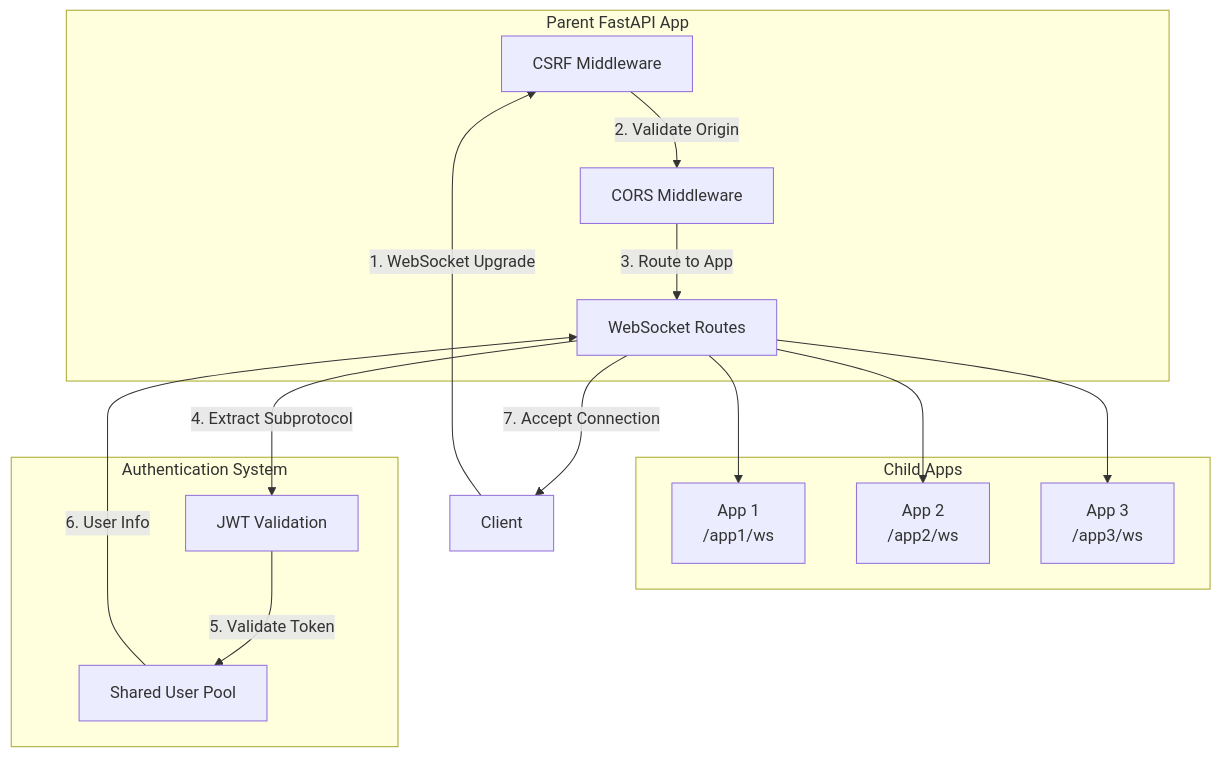
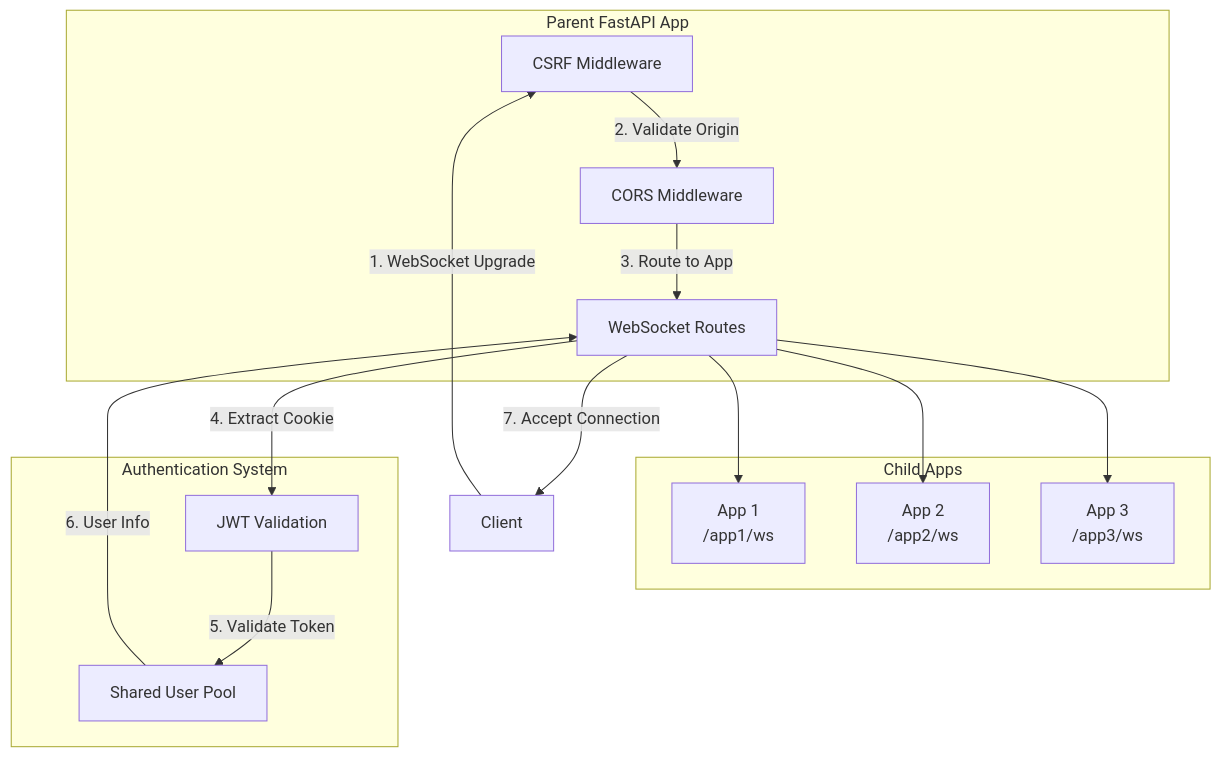
One commit to ranfysvalle02/mdb-engine changed the second of 2 diagrams in docs/guides/WEBSOCKET_SECURITY_MULTI_APP_SSO.md. Above: the diagram before and after it, drawn with Mermaid. The commit also changed other lines of this file and 14 other files, not shown here.

````diff
--- a/docs/guides/WEBSOCKET_SECURITY_MULTI_APP_SSO.md
+++ b/docs/guides/WEBSOCKET_SECURITY_MULTI_APP_SSO.md
@@ -111,31 +122,31 @@
 ```mermaid
 graph TB
     subgraph ParentApp[Parent FastAPI App]
         CSRF[CSRF Middleware]
         CORS[CORS Middleware]
         WS[WebSocket Routes]
     end
     
     subgraph ChildApps[Child Apps]
         App1[App 1<br/>/app1/ws]
         App2[App 2<br/>/app2/ws]
         App3[App 3<br/>/app3/ws]
     end
     
     subgraph AuthSystem[Authentication System]
         JWT[JWT Validation]
         UserPool[Shared User Pool]
     end
     
     Client[Client] -->|1. WebSocket Upgrade| CSRF
     CSRF -->|2. Validate Origin| CORS
     CORS -->|3. Route to App| WS
-    WS -->|4. Extract Subprotocol| JWT
+    WS -->|4. Extract Cookie| JWT
     JWT -->|5. Validate Token| UserPool
     UserPool -->|6. User Info| WS
     WS -->|7. Accept Connection| Client
     
     WS --> App1
     WS --> App2
     WS --> App3
 ```
````
